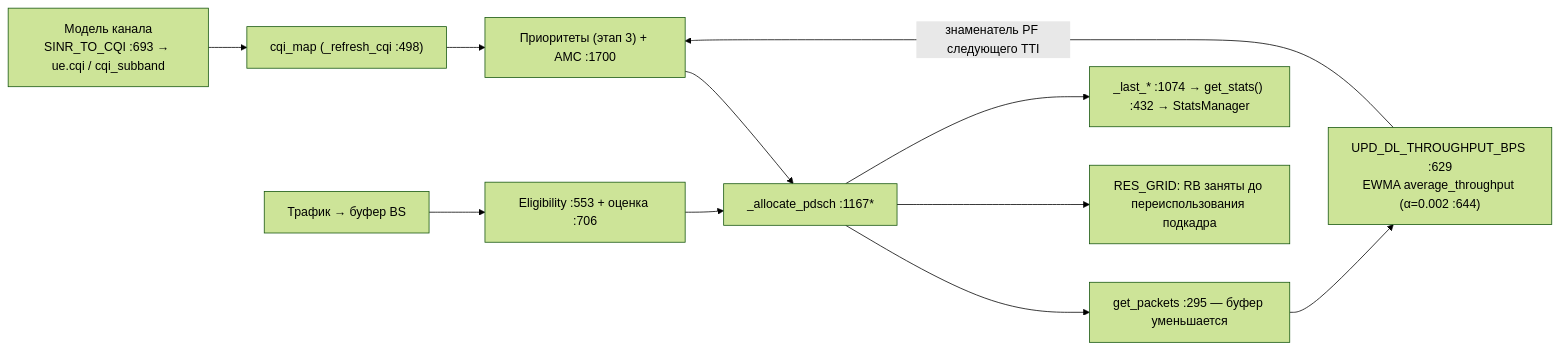
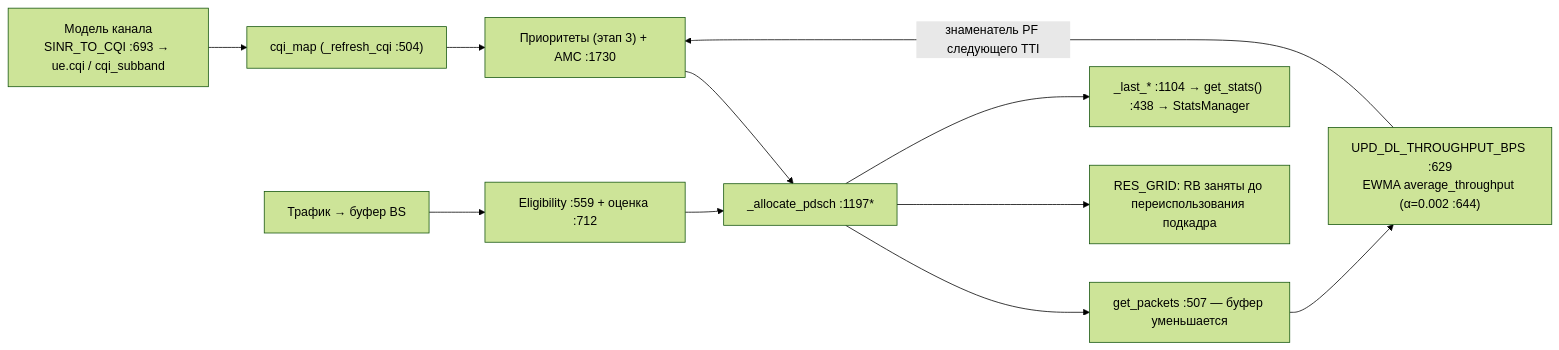
One commit to dokbrawn/REC-S5 changed the sixth of 11 diagrams in weeks/docs/diagrams.md. Above: the diagram before and after it, drawn with Mermaid (forest theme). The commit also changed other lines of this file and 4 other files, not shown here.

````diff
--- a/weeks/docs/diagrams.md
+++ b/weeks/docs/diagrams.md
@@ -199,13 +215,13 @@
 ```mermaid
 flowchart LR
-    CH["Модель канала<br/>SINR_TO_CQI :693 → ue.cqi / cqi_subband"] --> CQ["cqi_map (_refresh_cqi :498)"]
-    CQ --> PR["Приоритеты (этап 3) + AMC :1700"]
-    TR["Трафик → буфер BS"] --> EL["Eligibility :553 + оценка :706"]
-    PR --> AL["_allocate_pdsch :1167*"]
+    CH["Модель канала<br/>SINR_TO_CQI :693 → ue.cqi / cqi_subband"] --> CQ["cqi_map (_refresh_cqi :504)"]
+    CQ --> PR["Приоритеты (этап 3) + AMC :1730"]
+    TR["Трафик → буфер BS"] --> EL["Eligibility :559 + оценка :712"]
+    PR --> AL["_allocate_pdsch :1197*"]
     EL --> AL
-    AL --> BUF["get_packets :295 — буфер уменьшается"]
+    AL --> BUF["get_packets :507 — буфер уменьшается"]
     BUF --> EW["UPD_DL_THROUGHPUT_BPS :629<br/>EWMA average_throughput (α=0.002 :644)"]
     EW -->|"знаменатель PF следующего TTI"| PR
     AL --> GRID["RES_GRID: RB заняты до переиспользования подкадра"]
-    AL --> ST["_last_* :1074 → get_stats() :432 → StatsManager"]
+    AL --> ST["_last_* :1104 → get_stats() :438 → StatsManager"]
 ```
````
